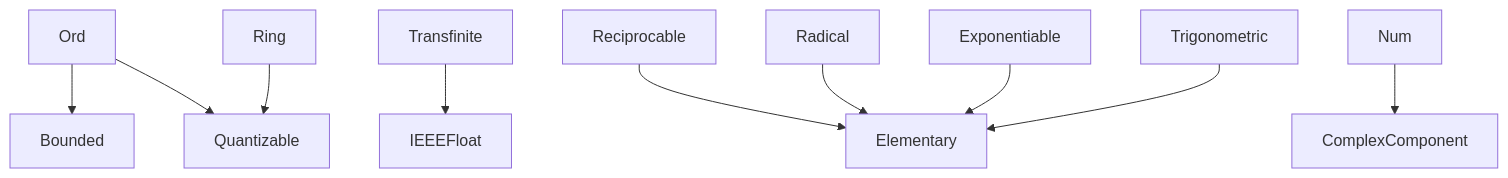
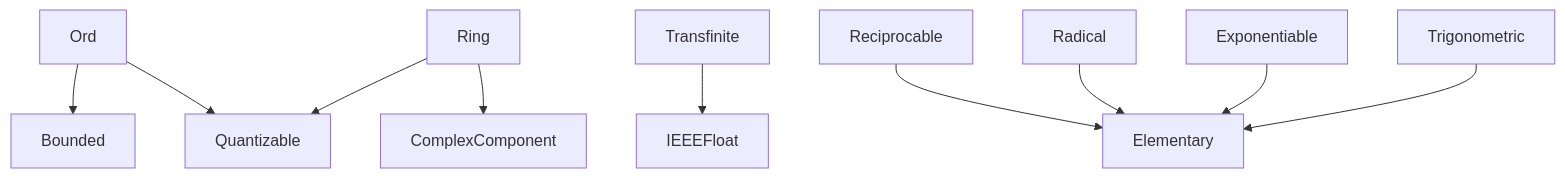
The first of 4 diagrams in docs/manual/site/topics/numbers-and-math.md (coalton-lang/coalton), drawn with Mermaid before and after one commit. The commit also changed other lines of this file and 9 other files, not shown here.

````diff
--- a/docs/manual/site/topics/numbers-and-math.md
+++ b/docs/manual/site/topics/numbers-and-math.md
@@ -147,12 +147,12 @@
 ```mermaid
 graph TD
     Ord --> Bounded
     Ord --> Quantizable
     Ring --> Quantizable
     Transfinite --> IEEEFloat
     Reciprocable --> Elementary
     Radical --> Elementary
     Exponentiable --> Elementary
     Trigonometric --> Elementary
-    Num --> ComplexComponent
+    Ring --> ComplexComponent
 ```
````
